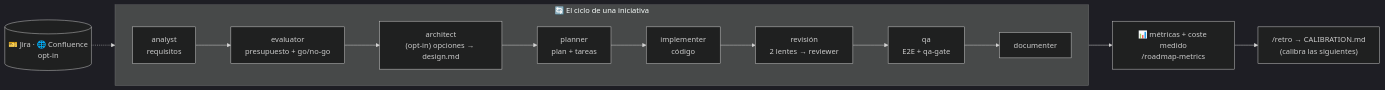
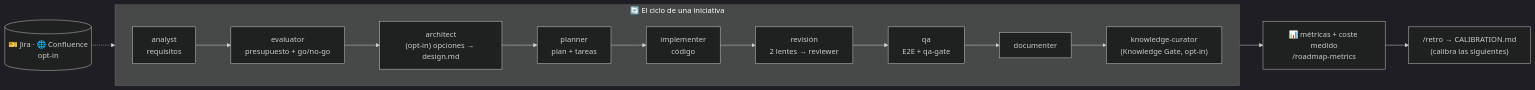
One commit to daycry/custom-agents changed the diagram in docs/README.md. Above: the diagram before and after it, drawn with Mermaid (dark theme). The commit also changed other lines of this file and 12 other files, not shown here.

First line of the commit message:
T-04: agente knowledge-curator, docs y evals

````diff
--- a/docs/README.md
+++ b/docs/README.md
@@ -13,10 +13,10 @@
 ```mermaid
 flowchart LR
     subgraph ciclo["🔄 El ciclo de una iniciativa"]
         direction LR
-        A["analyst<br/>requisitos"] --> E["evaluator<br/>presupuesto + go/no-go"] --> AR["architect<br/>(opt-in) opciones → design.md"] --> P["planner<br/>plan + tareas"] --> I["implementer<br/>código"] --> R["revisión<br/>2 lentes → reviewer"] --> Q["qa<br/>E2E + qa-gate"] --> D["documenter"]
+        A["analyst<br/>requisitos"] --> E["evaluator<br/>presupuesto + go/no-go"] --> AR["architect<br/>(opt-in) opciones → design.md"] --> P["planner<br/>plan + tareas"] --> I["implementer<br/>código"] --> R["revisión<br/>2 lentes → reviewer"] --> Q["qa<br/>E2E + qa-gate"] --> D["documenter"] --> KC["knowledge-curator<br/>(Knowledge Gate, opt-in)"]
     end
     ciclo --> M["📊 métricas + coste medido<br/>/roadmap-metrics"]
     M --> RT["/retro → CALIBRATION.md<br/>(calibra las siguientes)"]
     J[("🎫 Jira · 🌐 Confluence<br/>opt-in")] -.-> ciclo
 ```
````
